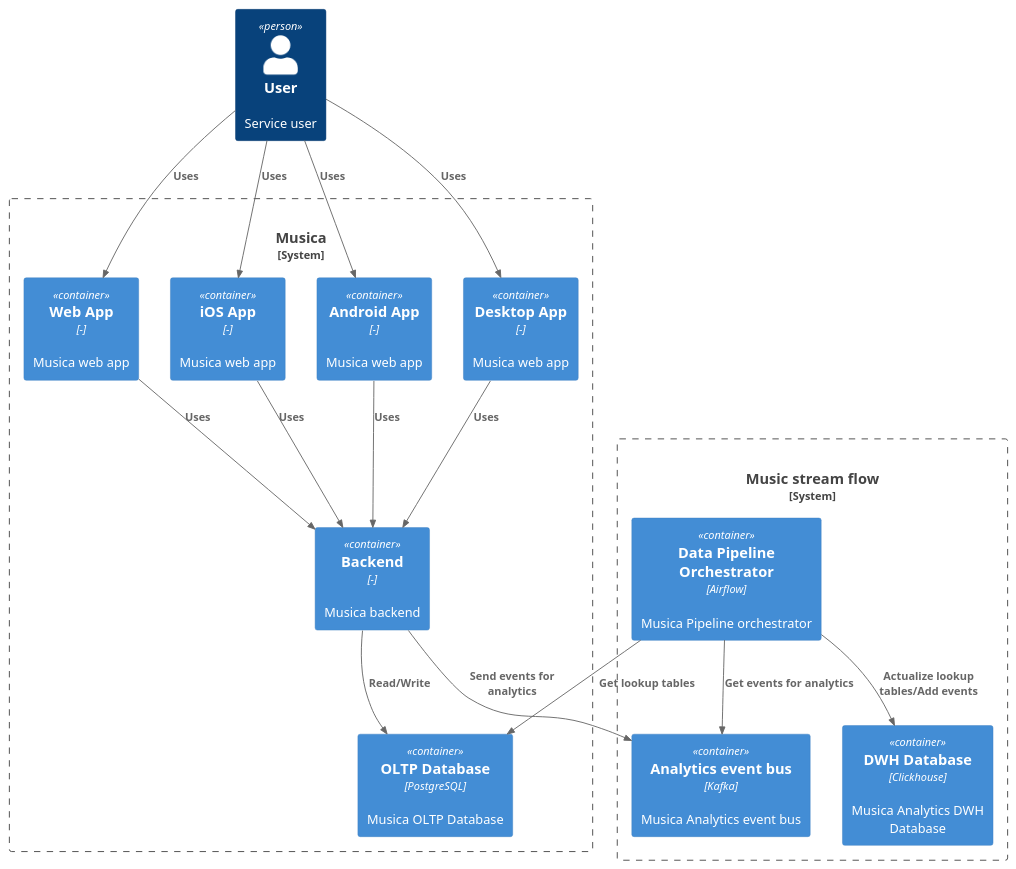
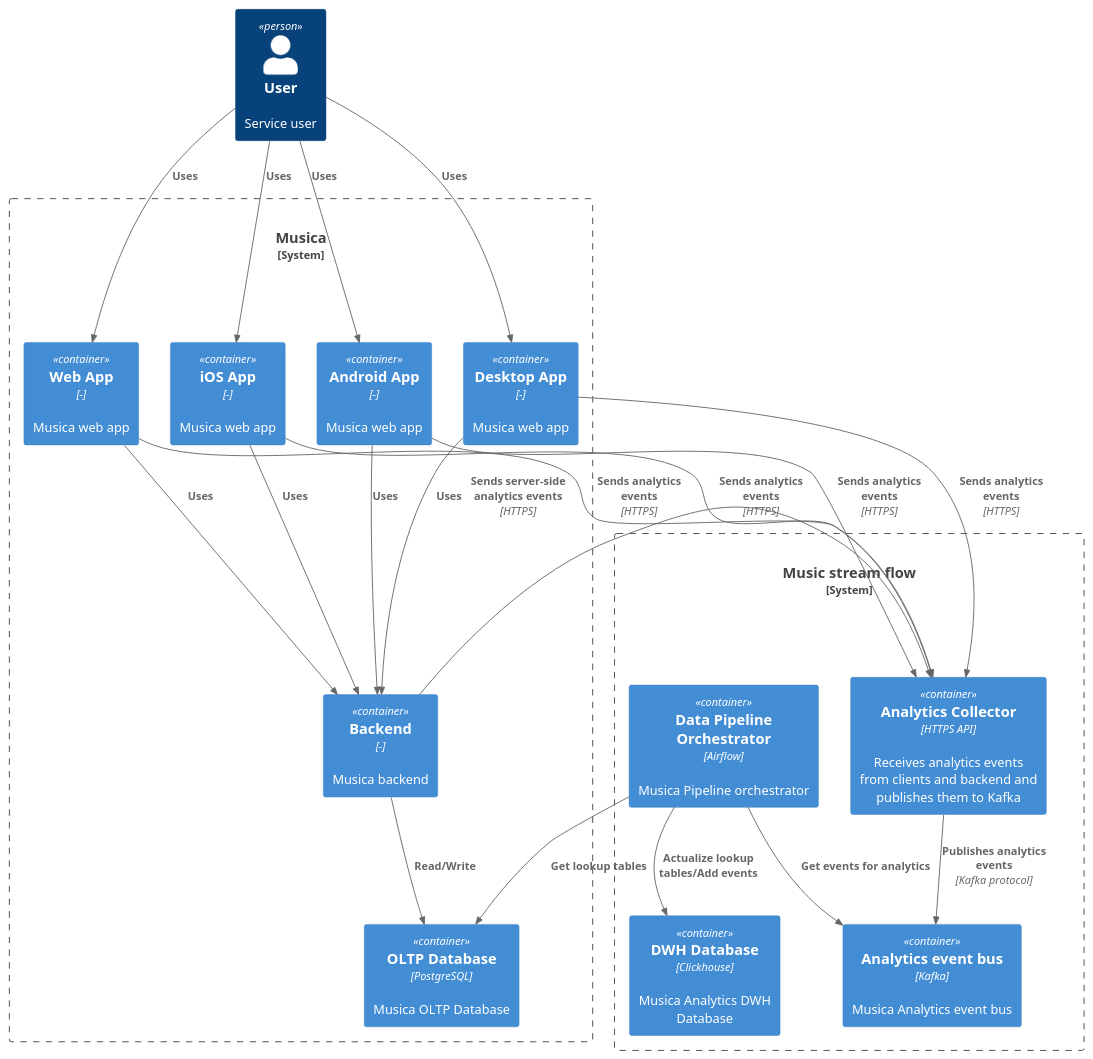
The diagram in docs/C4_L2.puml (SINdeletE/music-stream-flow), drawn with PlantUML before and after one commit. The commit also changed 11 other files, not shown here.

```diff
--- a/docs/C4_L2.puml
+++ b/docs/C4_L2.puml
@@ -1,40 +1,48 @@
 @startuml C4-L1-music-stream-flow
 !include <C4/C4_Container>
 Person(userAlias, "User", "Service user")
 
 System_Boundary(musicaAlias, "Musica", "Music Service") {
     Container(musicaWebAppAlias, "Web App", "-",  "Musica web app")
     Container(musicaIOSAlias, "iOS App", "-",  "Musica web app")
     Container(musicaAndroidAlias, "Android App", "-",  "Musica web app")
     Container(musicaDesktopAlias, "Desktop App", "-",  "Musica web app")
 
     Container(musicaBackendAlias, "Backend", "-", "Musica backend")
 
     Container(musicaDatabaseAlias, "OLTP Database", "PostgreSQL", "Musica OLTP Database")
 }
 
 System_Boundary(musicStreamFlowAlias, "Music stream flow", "Musica Analytics Service") {
+    Container(musicaAnalyticsCollectorAlias, "Analytics Collector", "HTTPS API", "Receives analytics events from clients and backend and publishes them to Kafka")
+
     Container(musicaDWHDatabaseAlias, "DWH Database", "Clickhouse", "Musica Analytics DWH Database")
 
     Container(musicaEventBusDatabaseAlias, "Analytics event bus", "Kafka", "Musica Analytics event bus")
     Container(musicaPipelineOrchestratorDatabaseAlias, "Data Pipeline Orchestrator", "Airflow", "Musica Pipeline orchestrator")
 }
 
 Rel(userAlias, musicaWebAppAlias, "Uses")
 Rel(userAlias, musicaIOSAlias, "Uses")
 Rel(userAlias, musicaAndroidAlias, "Uses")
 Rel(userAlias, musicaDesktopAlias, "Uses")
 
 Rel(musicaWebAppAlias, musicaBackendAlias, "Uses")
 Rel(musicaIOSAlias, musicaBackendAlias, "Uses")
 Rel(musicaAndroidAlias, musicaBackendAlias, "Uses")
 Rel(musicaDesktopAlias, musicaBackendAlias, "Uses")
 
+Rel(musicaWebAppAlias, musicaAnalyticsCollectorAlias, "Sends analytics\nevents", "HTTPS")
+Rel(musicaIOSAlias, musicaAnalyticsCollectorAlias, "Sends analytics\nevents", "HTTPS")
+Rel(musicaAndroidAlias, musicaAnalyticsCollectorAlias, "Sends analytics\nevents", "HTTPS")
+Rel(musicaDesktopAlias, musicaAnalyticsCollectorAlias, "Sends analytics\nevents", "HTTPS")
+
 Rel(musicaBackendAlias, musicaDatabaseAlias, "Read/Write")
 
 Rel(musicaPipelineOrchestratorDatabaseAlias, musicaDatabaseAlias, "Get lookup tables")
 Rel(musicaPipelineOrchestratorDatabaseAlias, musicaDWHDatabaseAlias, "Actualize lookup tables/Add events")
-Rel(musicaBackendAlias, musicaEventBusDatabaseAlias, "Send events for analytics")
+Rel(musicaBackendAlias, musicaAnalyticsCollectorAlias, "Sends server-side analytics events", "HTTPS")
+Rel(musicaAnalyticsCollectorAlias, musicaEventBusDatabaseAlias, "Publishes analytics events", "Kafka protocol")
 
 Rel(musicaPipelineOrchestratorDatabaseAlias, musicaEventBusDatabaseAlias, "Get events for analytics")
 @enduml
```
